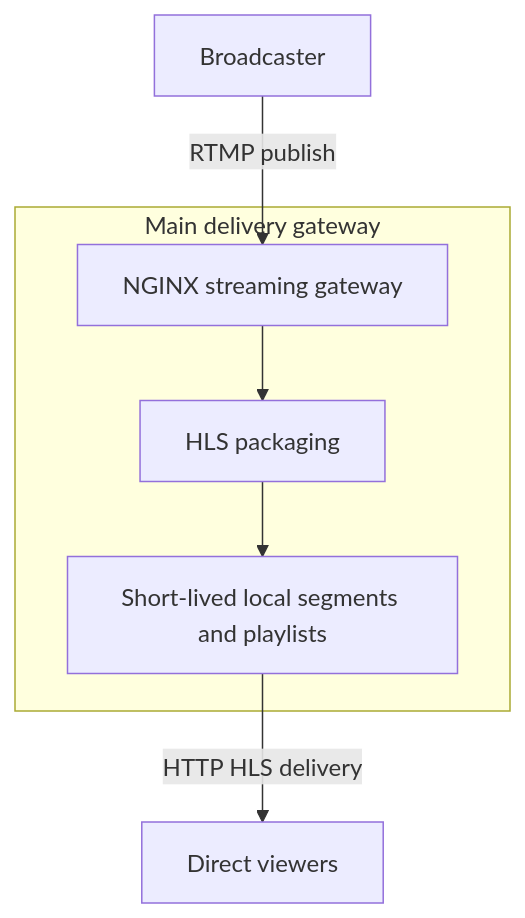
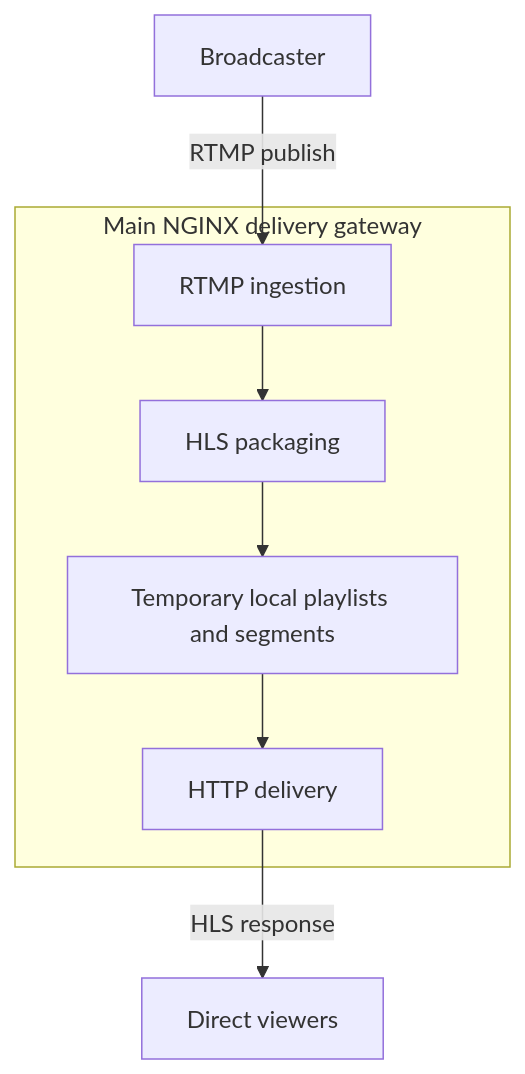
One commit to minnthuwinn/infrastructure-portfolio changed the first of 3 diagrams in projects/ip-001/architecture.md. Above: the diagram before and after it, drawn with Mermaid. The commit also changed other lines of this file, not shown here.

Commit message:
Review IP-001: refine projects/ip-001/architecture.md

````diff
--- a/projects/ip-001/architecture.md
+++ b/projects/ip-001/architecture.md
@@ -7,9 +7,10 @@
 ```mermaid
 flowchart TD
-    B[Broadcaster] -->|RTMP publish| R[NGINX streaming gateway]
-    subgraph G[Main delivery gateway]
-        R --> H[HLS packaging]
-        H --> S[Short-lived local segments and playlists]
+    B["Broadcaster"] -->|RTMP publish| R
+    subgraph G["Main NGINX delivery gateway"]
+        R["RTMP ingestion"] --> H["HLS packaging"]
+        H --> S["Temporary local playlists and segments"]
+        S --> W["HTTP delivery"]
     end
-    S -->|HTTP HLS delivery| V[Direct viewers]
+    W -->|HLS response| V["Direct viewers"]
 ```
````
